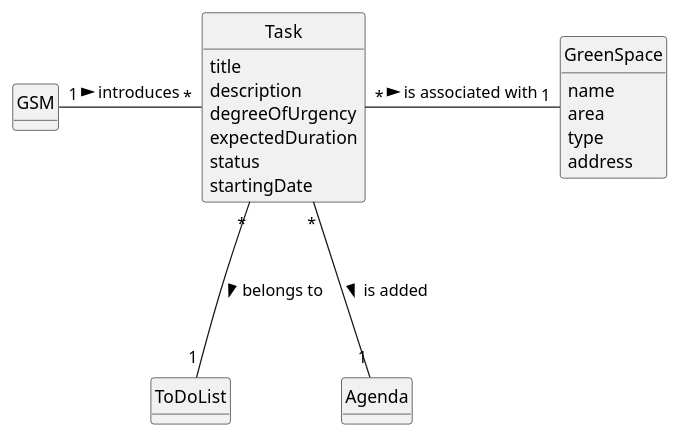
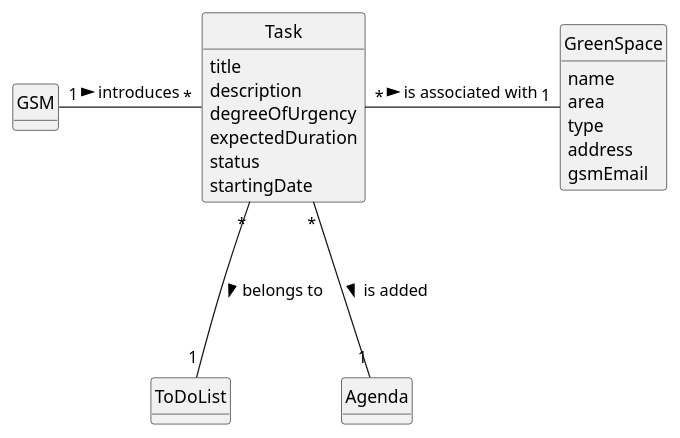
One commit to Departamento-de-Engenharia-Informatica/lei-24-s2-1dm-g132 changed the diagram in docs/sprintC/us022/02.analysis/puml/us022-domain-model.puml. Above: the diagram before and after it, drawn with PlantUML. The commit also changed 8 other files, not shown here.

```diff
--- a/docs/sprintC/us022/02.analysis/puml/us022-domain-model.puml
+++ b/docs/sprintC/us022/02.analysis/puml/us022-domain-model.puml
@@ -1,51 +1,52 @@
 @startuml
 skinparam monochrome true
 skinparam packageStyle rectangle
 skinparam shadowing false
 
 'left to right direction
 
 skinparam classAttributeIconSize 0
 
 hide circle
 hide methods
 
 class GSM {
 }
 
 class Task {
     title
     description
     degreeOfUrgency
     expectedDuration
     status
     startingDate
 }
 
 'Perguntar sobre Task ter diferentes parâmetros em diferentes US
 
 class ToDoList {
 }
 
 class Agenda{
 }
 
 'Perguntar sobre green space ainda estar representado neste modelo de domínio
 '(se deveria)
 
 class GreenSpace {
     name
     area
     type
     address
+    gsmEmail
 }
 
 GSM "1" - "*" Task : introduces >
 
 Task "*" --- "1" ToDoList : belongs to >
 
 Task "*" --- "1" Agenda : is added >
 
 Task "*" - "1" GreenSpace : is associated with >
 
 @enduml
```
